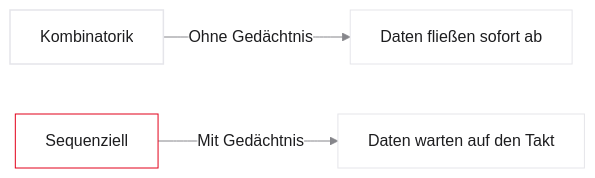
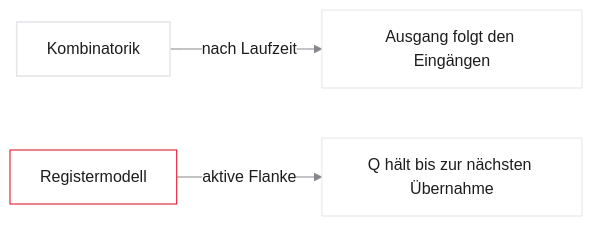
One commit to dantschi/mct1 changed diagram 14 of 24 in vorlesungen/01_kickoff.qmd. Above: the diagram before and after it, drawn with Mermaid. The commit also changed other lines of this file and 3 other files, not shown here.

````diff
--- a/vorlesungen/01_kickoff.qmd
+++ b/vorlesungen/01_kickoff.qmd
@@ -1047,9 +1247,9 @@
 ```{mermaid}
 %%| fig-width: 3.5
 %%{init: {'theme': 'base', 'themeVariables': {'background': '#FFFFFF', 'primaryColor': '#FFFFFF', 'primaryBorderColor': '#E5E5EA', 'primaryTextColor': '#1D1D1F', 'lineColor': '#86868B', 'secondaryColor': '#F5F5F7', 'tertiaryColor': '#FFFFFF', 'mainBkg': '#FFFFFF', 'nodeBorder': '#E5E5EA', 'clusterBkg': '#F5F5F7', 'clusterBorder': '#E5E5EA', 'titleColor': '#1D1D1F', 'edgeLabelBackground': '#FFFFFF'}}}%%
 graph LR
-  A[Kombinatorik] -->|Ohne Gedächtnis| B[Daten fließen sofort ab]
-  C[Sequenziell] -->|Mit Gedächtnis| D[Daten warten auf den Takt]
+  A[Kombinatorik] -->|nach Laufzeit| B[Ausgang folgt den Eingängen]
+  C[Registermodell] -->|aktive Flanke| D[Q hält bis zur nächsten Übernahme]
   style C fill:#FFFFFF,stroke:#E2001A,stroke-width:2px !important
   style A fill:#FFFFFF,stroke:#E5E5EA,stroke-width:1.5px
 ```
````
